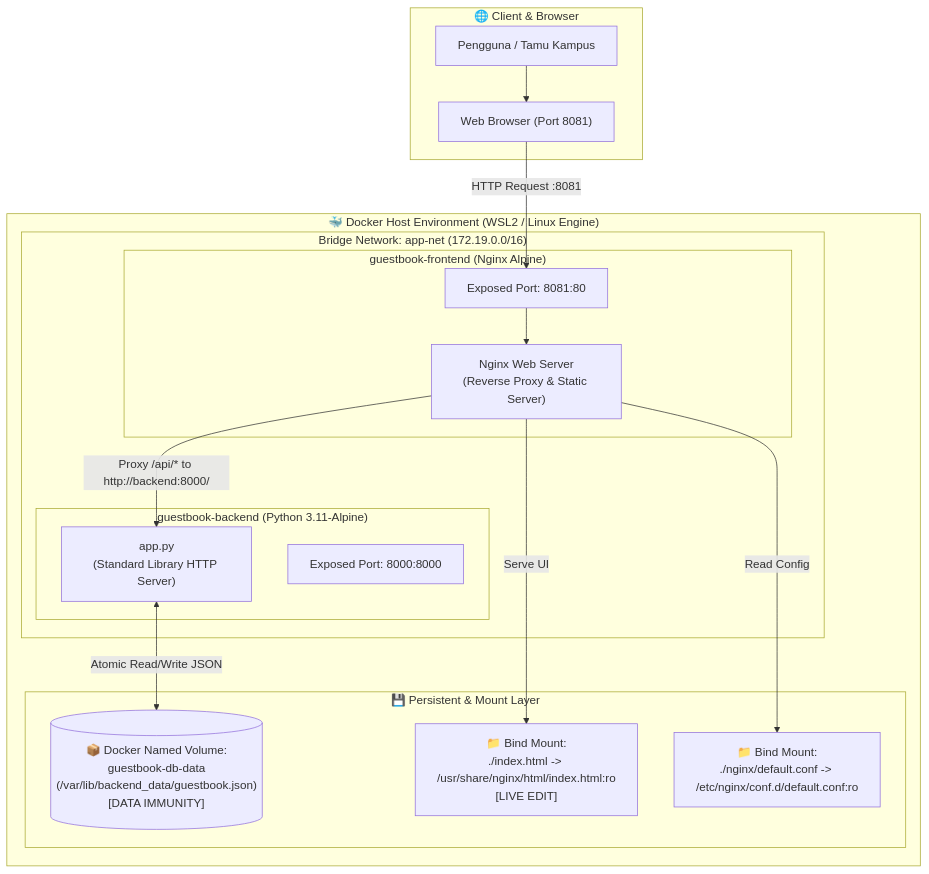
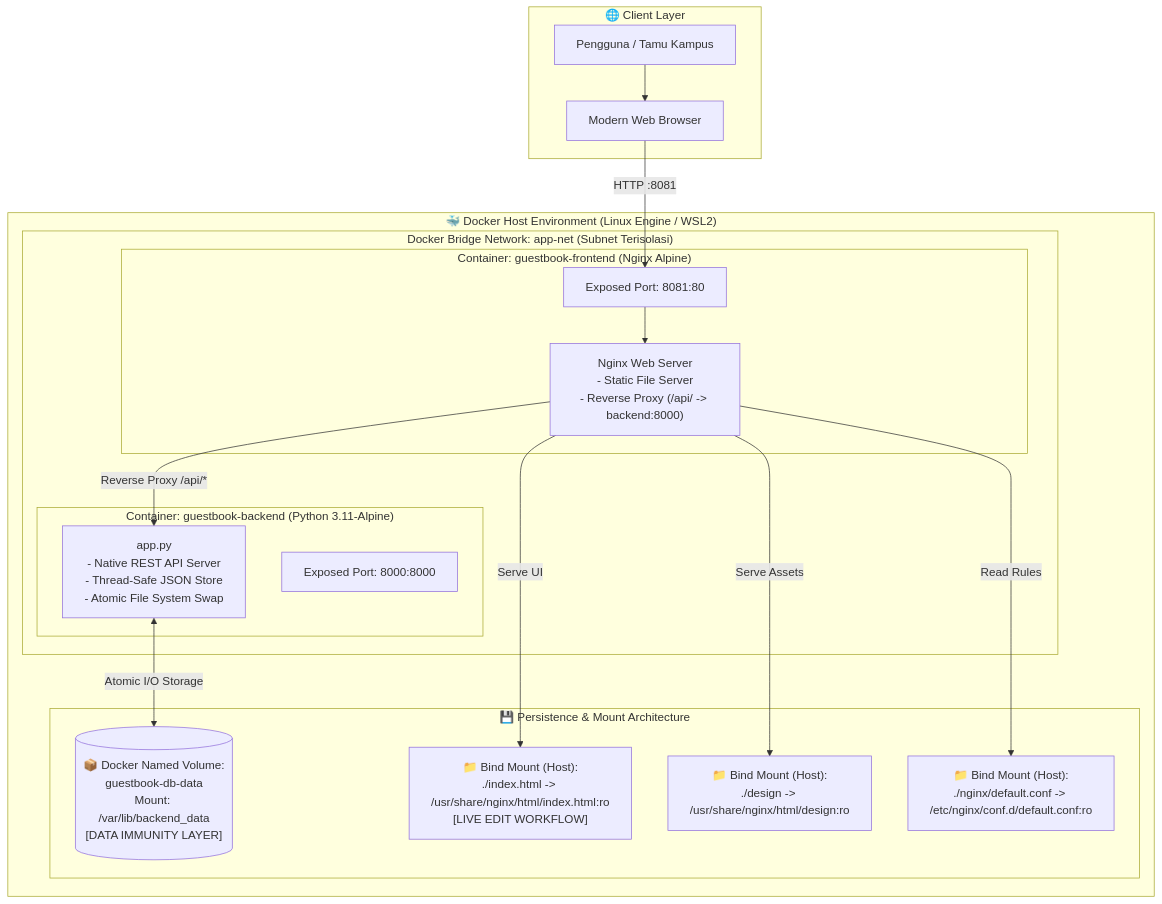
Before and after one commit to ervanfahriaw/ci-cd-uts: the first of 2 diagrams in README.md, drawn with Mermaid. The commit also changed other lines of this file and 18 other files, not shown here.

````diff
--- a/README.md
+++ b/README.md
@@ -40,37 +41,39 @@
 ```mermaid
 flowchart TB
-    subgraph ClientZone ["🌐 Client & Browser"]
+    subgraph ClientZone ["🌐 Client Layer"]
         User["Pengguna / Tamu Kampus"]
-        Browser["Web Browser (Port 8081)"]
+        Browser["Modern Web Browser"]
     end
 
-    subgraph DockerHost ["🐳 Docker Host Environment (WSL2 / Linux Engine)"]
-        subgraph AppNet ["Bridge Network: app-net (172.19.0.0/16)"]
+    subgraph DockerHost ["🐳 Docker Host Environment (Linux Engine / WSL2)"]
+        subgraph AppNet ["Docker Bridge Network: app-net (Subnet Terisolasi)"]
             
-            subgraph FrontendContainer ["guestbook-frontend (Nginx Alpine)"]
-                NginxSvc["Nginx Web Server\n(Reverse Proxy & Static Server)"]
+            subgraph FrontendContainer ["Container: guestbook-frontend (Nginx Alpine)"]
+                NginxSvc["Nginx Web Server\n- Static File Server\n- Reverse Proxy (/api/ -> backend:8000)"]
                 PortFrontend["Exposed Port: 8081:80"]
             end
 
-            subgraph BackendContainer ["guestbook-backend (Python 3.11-Alpine)"]
-                PythonApp["app.py\n(Standard Library HTTP Server)"]
+            subgraph BackendContainer ["Container: guestbook-backend (Python 3.11-Alpine)"]
+                PythonApp["app.py\n- Native REST API Server\n- Thread-Safe JSON Store\n- Atomic File System Swap"]
                 PortBackend["Exposed Port: 8000:8000"]
             end
 
         end
 
-        subgraph StorageLayer ["💾 Persistent & Mount Layer"]
-            NamedVol[("📦 Docker Named Volume:\nguestbook-db-data\n(/var/lib/backend_data/guestbook.json)\n[DATA IMMUNITY]")]
-            BindHTML["📁 Bind Mount:\n./index.html -> /usr/share/nginx/html/index.html:ro\n[LIVE EDIT]"]
-            BindConf["📁 Bind Mount:\n./nginx/default.conf -> /etc/nginx/conf.d/default.conf:ro"]
+        subgraph StorageLayer ["💾 Persistence & Mount Architecture"]
+            NamedVol[("📦 Docker Named Volume:\nguestbook-db-data\nMount: /var/lib/backend_data\n[DATA IMMUNITY LAYER]")]
+            BindHTML["📁 Bind Mount (Host):\n./index.html -> /usr/share/nginx/html/index.html:ro\n[LIVE EDIT WORKFLOW]"]
+            BindDesign["📁 Bind Mount (Host):\n./design -> /usr/share/nginx/html/design:ro"]
+            BindConf["📁 Bind Mount (Host):\n./nginx/default.conf -> /etc/nginx/conf.d/default.conf:ro"]
         end
     end
 
     User --> Browser
-    Browser -->|HTTP Request :8081| PortFrontend
+    Browser -->|HTTP :8081| PortFrontend
     PortFrontend --> NginxSvc
     NginxSvc -->|Serve UI| BindHTML
-    NginxSvc -->|Read Config| BindConf
-    NginxSvc -->|Proxy /api/* to http://backend:8000/| PythonApp
-    PythonApp <-->|Atomic Read/Write JSON| NamedVol
+    NginxSvc -->|Serve Assets| BindDesign
+    NginxSvc -->|Read Rules| BindConf
+    NginxSvc -->|Reverse Proxy /api/*| PythonApp
+    PythonApp <-->|Atomic I/O Storage| NamedVol
 ```
````
